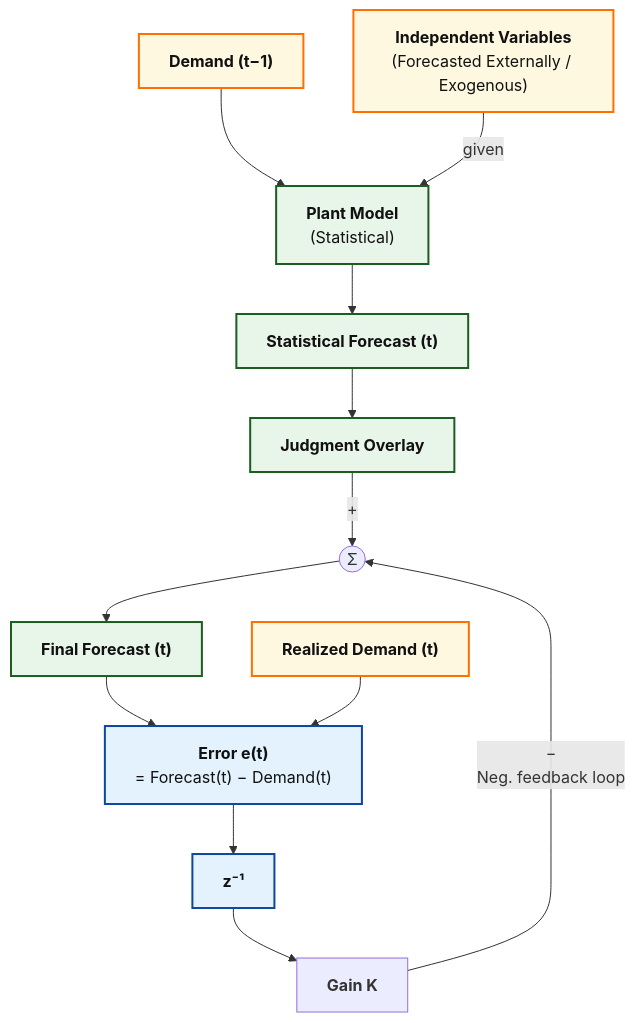
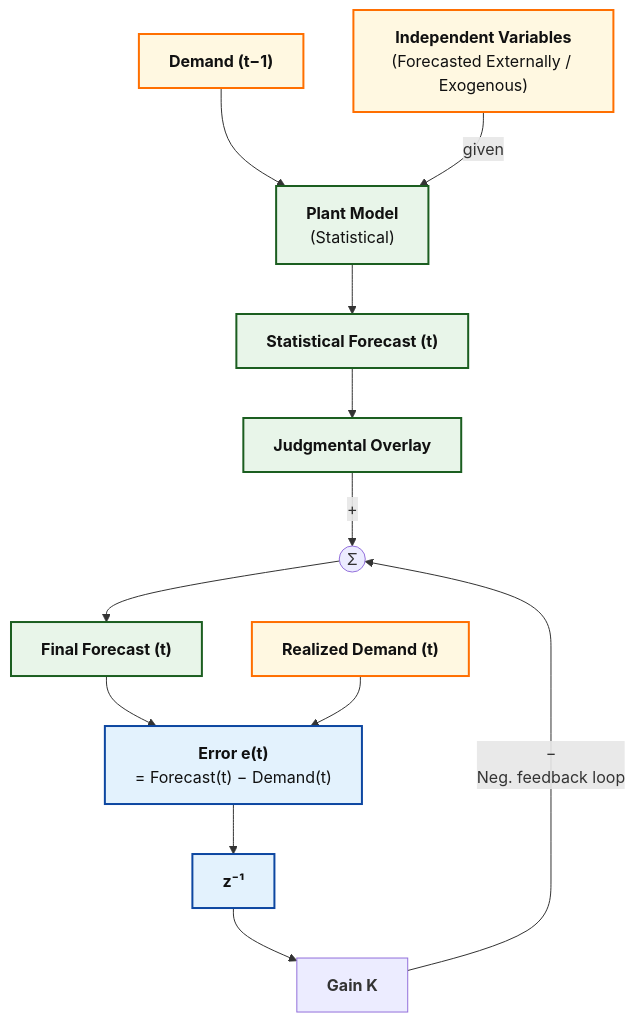
The diagram in articles-posts/judgmental-mechanical.md (Tellusant/docs), drawn with Mermaid before and after one commit.

```diff
--- a/articles-posts/judgmental-mechanical.md
+++ b/articles-posts/judgmental-mechanical.md
@@ -19,50 +19,50 @@
 <div class="mermaid">
   
 flowchart TD
 
 %% ===== Inputs =====
 D1["`**Demand (t−1)**`"]:::mixed
 X["`**Independent Variables**<br/>(Forecasted Externally / Exogenous)`"]:::mixed
 
 %% ===== Baseline model =====
 M["`**Plant Model**<br/>(Statistical)`"]:::strong
 S["`**Statistical Forecast (t)**`"]:::strong
 
 %% ===== Judgment and correction =====
-J["`**Judgment Overlay**`"]:::strong
+J["`**Judgmental Overlay**`"]:::strong
 Sum((Σ))
 K["`**Gain K**`"]
 F["`**Final Forecast (t)**`"]:::strong
 
 %% ===== Realized demand =====
 R["`**Realized Demand (t)**`"]:::mixed
 
 %% ===== Error and delay =====
 E["`**Error e(t)**<br/>= Forecast(t) − Demand(t)`"]:::neutral
 Delay["`**z⁻¹**`"]:::neutral
 
 %% ===== Forward path =====
 D1 --> M
 X -->|given| M
 M --> S
 S --> J
 J -->|&nbsp;+&nbsp;| Sum
 Sum --> F
 
 %% ===== Error computation =====
 F --> E
 R --> E
 
 %% ===== Feedback =====
 E --> Delay
 Delay --> K
 K -->|−<br/>Neg. feedback loop| Sum
 
 %% ========= STYLES =========
 classDef strong  fill:#E8F5E9,stroke:#1B5E20,stroke-width:2px,color:#111;
 classDef neutral fill:#E3F2FD,stroke:#0D47A1,stroke-width:2px,color:#111;
 classDef mixed   fill:#FFF8E1,stroke:#FF6F00,stroke-width:2px,color:#111;
 classDef risk    fill:#FDECEA,stroke:#B71C1C,stroke-width:2px,color:#111;
 classDef summary fill:#F5F5F5,stroke:#424242,stroke-width:2px,color:#111;
 
 </div>
```
